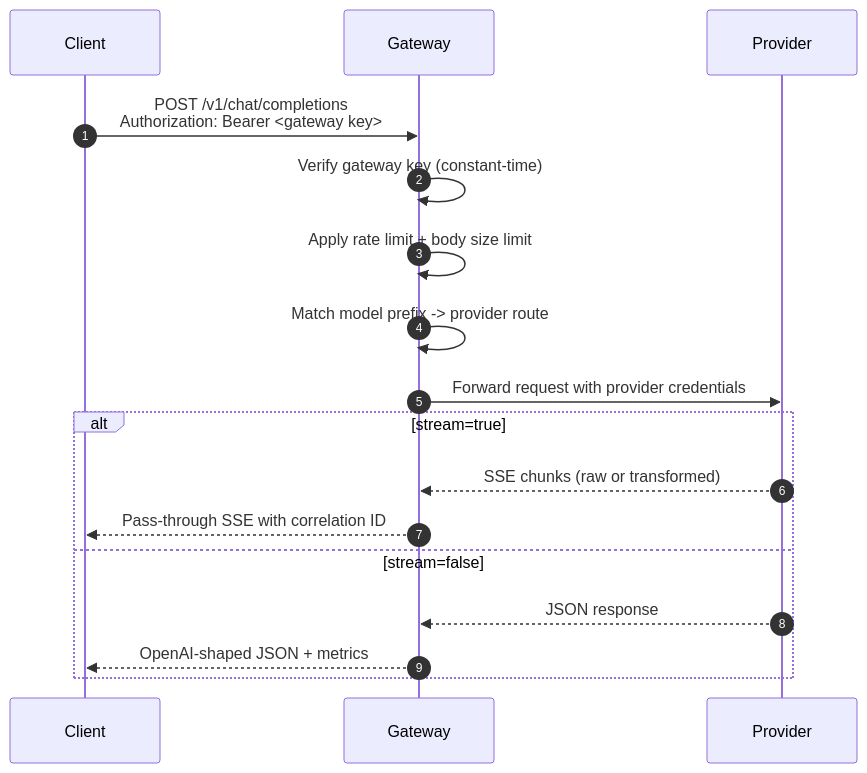
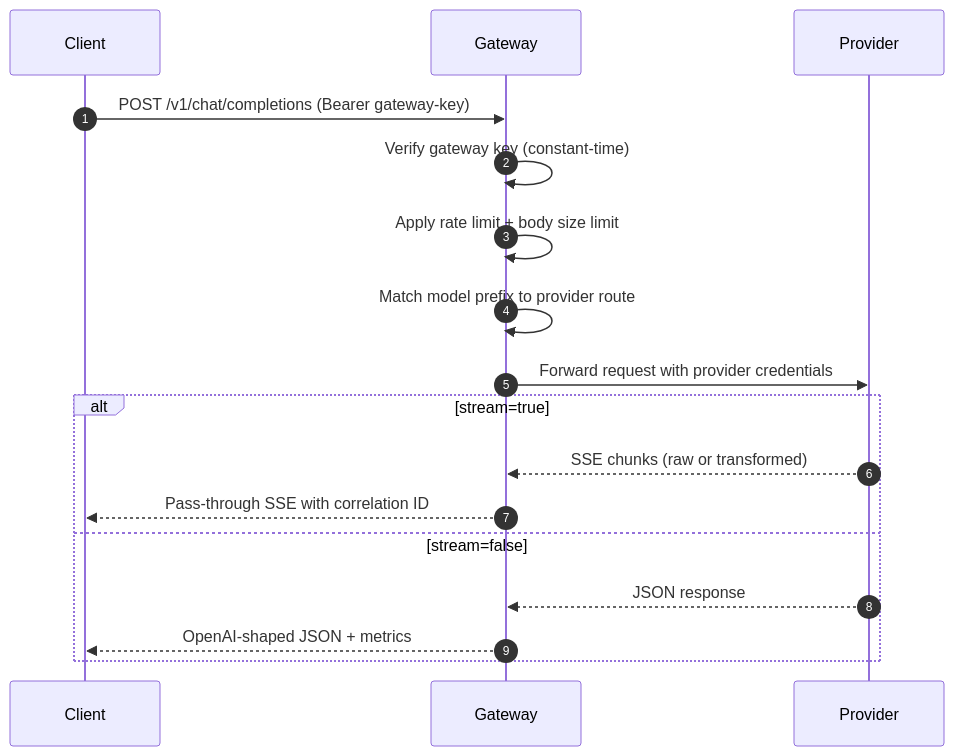
Before and after one commit to siddhartha-kumar/claude-universal-custom-proxy: the second of 3 diagrams in README.md, drawn with Mermaid. The commit also changed other lines of this file and 1 other file, not shown here.

First line of the commit message:
Fixed Mermaid diagram rendering on GitHub

````diff
--- a/README.md
+++ b/README.md
@@ -122,19 +122,19 @@
 ```mermaid
 sequenceDiagram
     autonumber
     participant Client
     participant Gateway
     participant Provider
-    Client->>Gateway: POST /v1/chat/completions<br/>Authorization: Bearer <gateway key>
+    Client->>Gateway: POST /v1/chat/completions (Bearer gateway-key)
     Gateway->>Gateway: Verify gateway key (constant-time)
     Gateway->>Gateway: Apply rate limit + body size limit
-    Gateway->>Gateway: Match model prefix -> provider route
+    Gateway->>Gateway: Match model prefix to provider route
     Gateway->>Provider: Forward request with provider credentials
     alt stream=true
         Provider-->>Gateway: SSE chunks (raw or transformed)
         Gateway-->>Client: Pass-through SSE with correlation ID
     else stream=false
         Provider-->>Gateway: JSON response
         Gateway-->>Client: OpenAI-shaped JSON + metrics
     end
 ```
````
